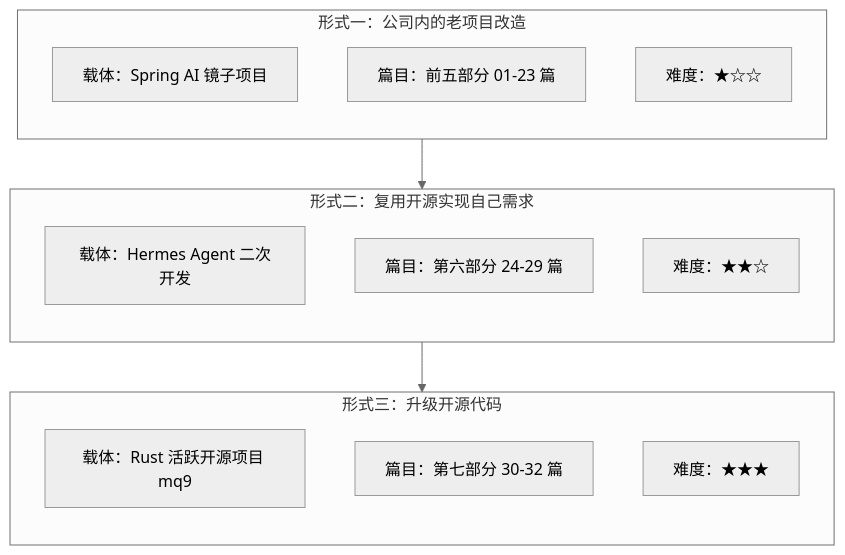
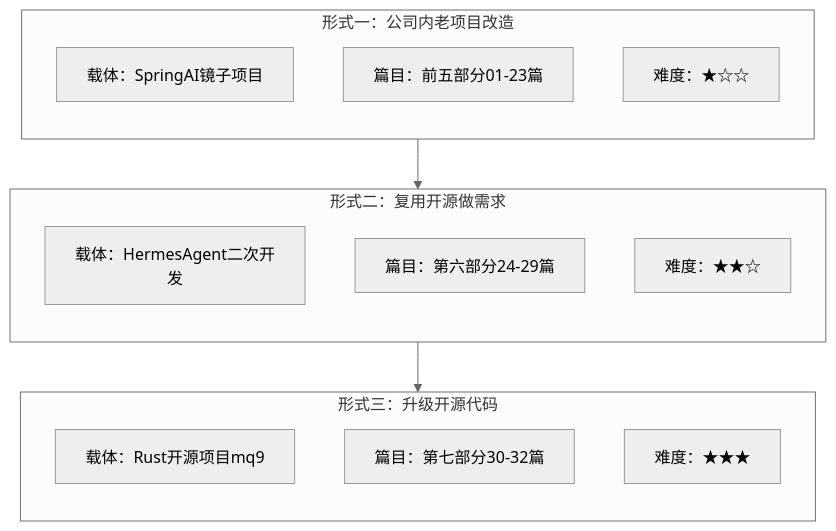
One commit to fangkun119/tech-page changed the second of 3 diagrams in _posts/2026-07-04-aicmigr-00-opening-00-migration-intro.md. Above: the diagram before and after it, drawn with Mermaid (neutral theme). The commit also changed other lines of this file and 839 other files, not shown here.

````diff
--- a/_posts/2026-07-04-aicmigr-00-opening-00-migration-intro.md
+++ b/_posts/2026-07-04-aicmigr-00-opening-00-migration-intro.md
@@ -485,22 +412,22 @@
 ```mermaid
 flowchart TB
-    subgraph S1["形式一：公司内的老项目改造"]
-	    direction TB
-        A1["载体：Spring AI 镜子项目"]
-        A2["篇目：前五部分 01-23 篇"]
+    subgraph S1["形式一：公司内老项目改造"]
+        direction TB
+        A1["载体：SpringAI镜子项目"]
+        A2["篇目：前五部分01-23篇"]
         A3["难度：★☆☆"]
     end
-    subgraph S2["形式二：复用开源实现自己需求"]
-	    direction TB
-        B1["载体：Hermes Agent 二次开发"]
-        B2["篇目：第六部分 24-29 篇"]
+    subgraph S2["形式二：复用开源做需求"]
+        direction TB
+        B1["载体：HermesAgent二次开发"]
+        B2["篇目：第六部分24-29篇"]
         B3["难度：★★☆"]
     end
     subgraph S3["形式三：升级开源代码"]
-	    direction TB
-        C1["载体：Rust 活跃开源项目 mq9"]
-        C2["篇目：第七部分 30-32 篇"]
+        direction TB
+        C1["载体：Rust开源项目mq9"]
+        C2["篇目：第七部分30-32篇"]
         C3["难度：★★★"]
     end
     S1 --> S2 --> S3
 ```
````
